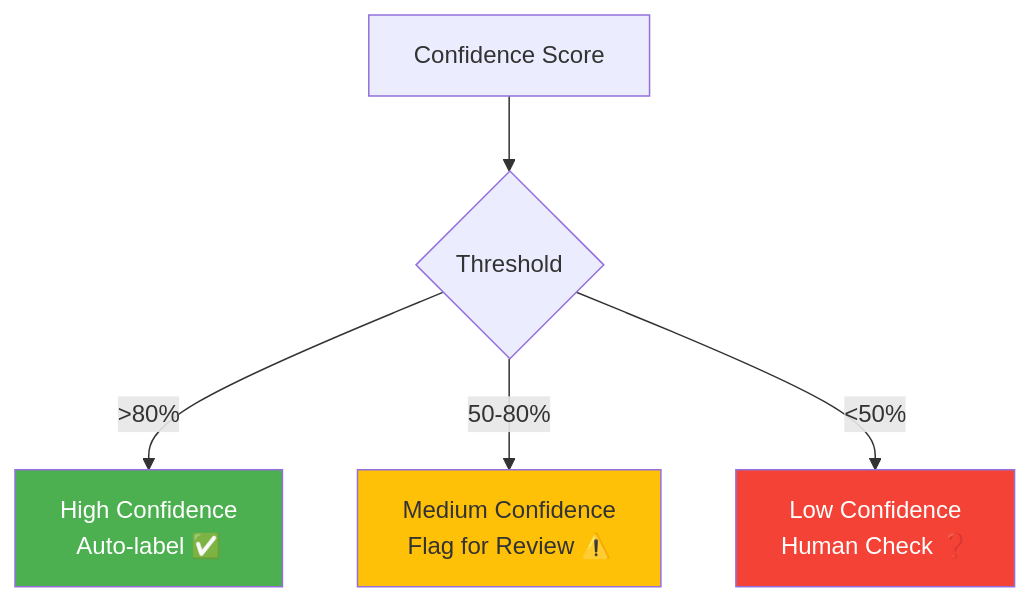
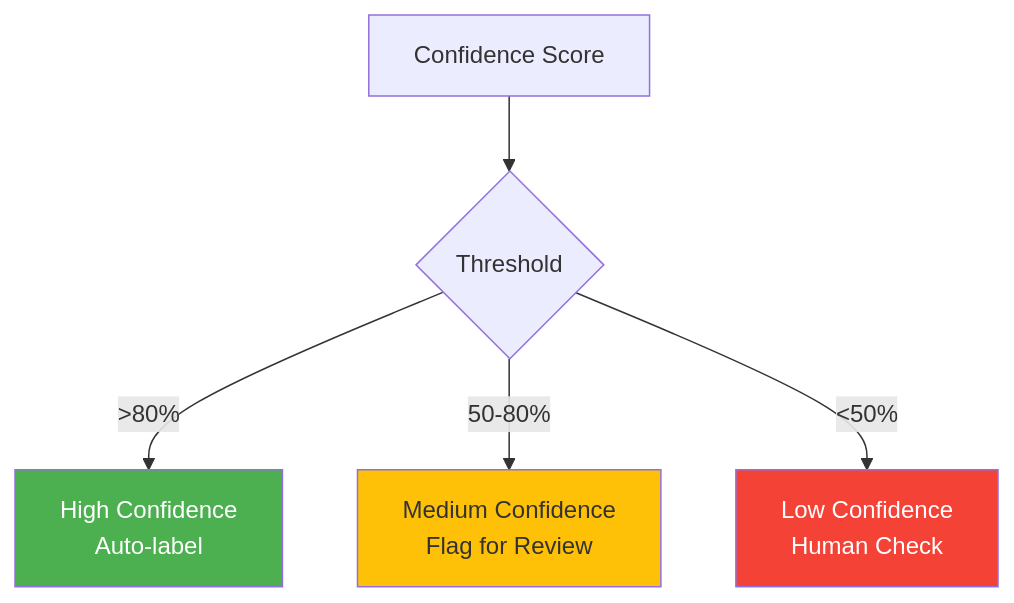
Before and after one commit to SITES-spectral/phenocai: the eighth of 19 diagrams in docs/workflow_prediction.md, drawn with Mermaid. The commit also changed other lines of this file and 22 other files, not shown here.

````diff
--- a/docs/workflow_prediction.md
+++ b/docs/workflow_prediction.md
@@ -141,11 +141,11 @@
 ```mermaid
 graph TD
     A[Confidence Score] --> B{Threshold}
-    B -->|>80%| C[High Confidence<br/>Auto-label ✅]
-    B -->|50-80%| D[Medium Confidence<br/>Flag for Review ⚠️]
-    B -->|<50%| E[Low Confidence<br/>Human Check ❓]
+    B -->|>80%| C[High Confidence<br/>Auto-label]
+    B -->|50-80%| D[Medium Confidence<br/>Flag for Review]
+    B -->|<50%| E[Low Confidence<br/>Human Check]
     
     style C fill:#4caf50,color:#fff
     style D fill:#ffc107
     style E fill:#f44336,color:#fff
 ```
````
